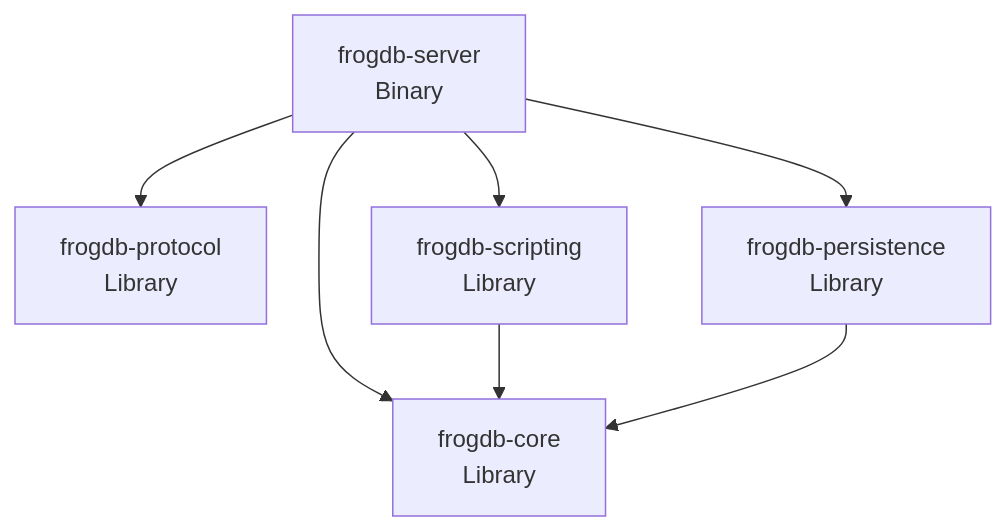
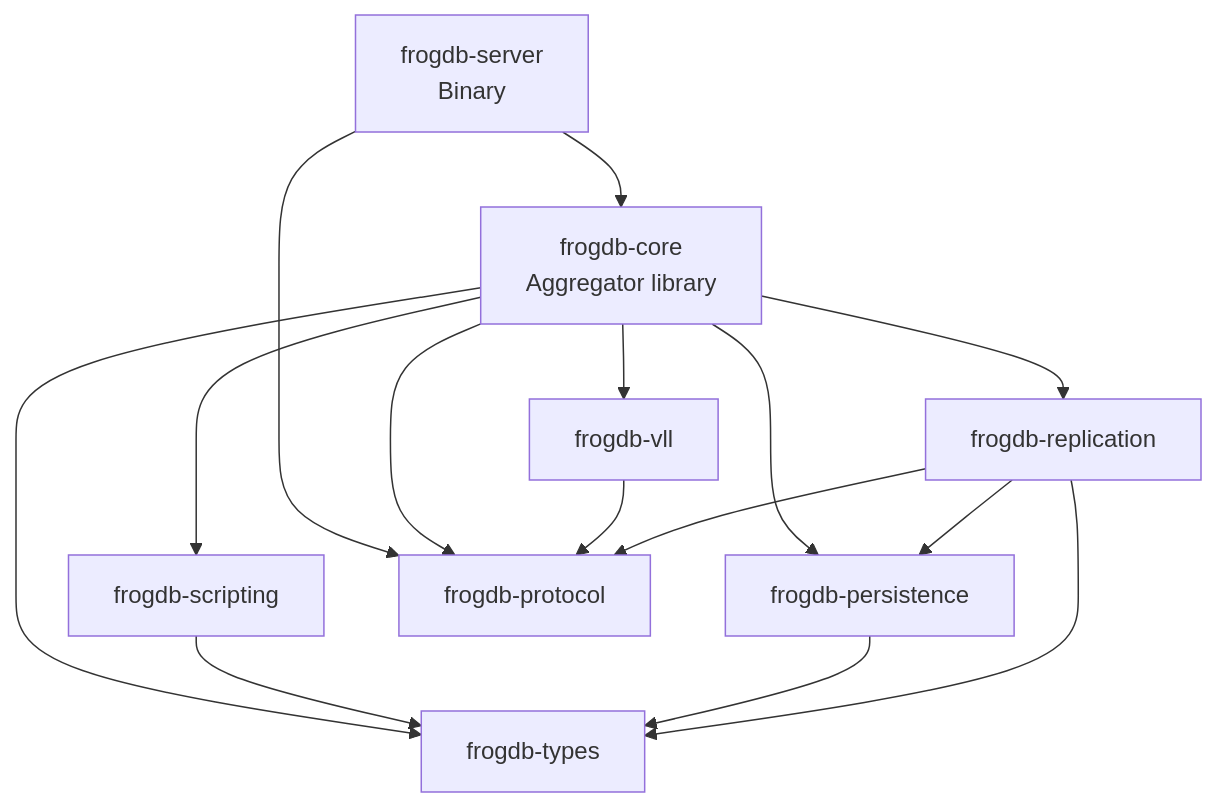
The first of 4 diagrams in website/src/content/docs/architecture/architecture.md (frogdb/frogdb), drawn with Mermaid before and after one commit. The commit also changed other lines of this file and 2 other files, not shown here.

Commit message:
docs(architecture): fix dependency graph direction and config-key details
- architecture: redraw the core dependency graph — frogdb-core is the
  aggregator (depends on the feature crates + protocol/types); the reversed
  scripting->core and persistence->core edges were wrong. Feature crates build
  on frogdb-types/frogdb-protocol, verified against each crate's Cargo.toml.
- request-flows: VLL coordinator is VllCoordinator<S, M>, not Coordinator;
  ClusterCommand is defined in cluster/src/types.rs, not commands.rs.
- concurrency: render VLL lock-timeout keys in config-file (kebab-case) form
  (vll.per-shard-lock-timeout-ms, vll.lock-acquisition-timeout-ms) — VllConfig
  uses serde rename_all = kebab-case.

````diff
--- a/website/src/content/docs/architecture/architecture.md
+++ b/website/src/content/docs/architecture/architecture.md
@@ -98,15 +103,26 @@
 ```mermaid
 graph TD
     SERVER[frogdb-server<br/>Binary]
-    PROTO[frogdb-protocol<br/>Library]
-    CORE[frogdb-core<br/>Library]
-    LUA[frogdb-scripting<br/>Library]
-    PERSIST[frogdb-persistence<br/>Library]
+    CORE[frogdb-core<br/>Aggregator library]
+    LUA[frogdb-scripting]
+    PERSIST[frogdb-persistence]
+    VLL[frogdb-vll]
+    REPL[frogdb-replication]
+    PROTO[frogdb-protocol]
+    TYPES[frogdb-types]
 
+    SERVER --> CORE
     SERVER --> PROTO
-    SERVER --> CORE
-    SERVER --> LUA
-    SERVER --> PERSIST
-    LUA --> CORE
-    PERSIST --> CORE
+    CORE --> LUA
+    CORE --> PERSIST
+    CORE --> VLL
+    CORE --> REPL
+    CORE --> PROTO
+    CORE --> TYPES
+    LUA --> TYPES
+    PERSIST --> TYPES
+    VLL --> PROTO
+    REPL --> PROTO
+    REPL --> TYPES
+    REPL --> PERSIST
 ```
````
